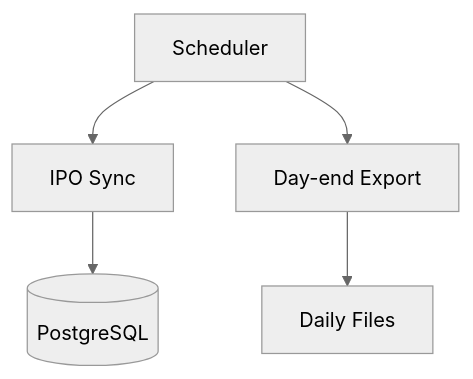
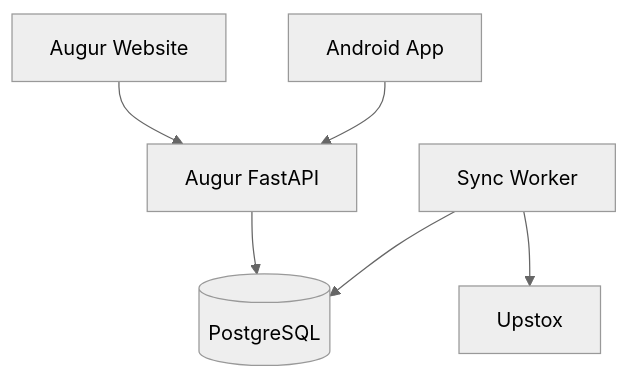
One commit to ShogunLabs/augur changed the fourth of 5 diagrams in README.md. Above: the diagram before and after it, drawn with Mermaid (neutral theme). The commit also changed other lines of this file and 21 other files, not shown here.

````diff
--- a/README.md
+++ b/README.md
@@ -745,13 +1102,16 @@
 ```mermaid
 flowchart TD
-    S[Scheduler]
-    I[IPO Sync]
-    E[Day-end Export]
+    WEB[Augur Website]
+    AND[Android App]
+    API[Augur FastAPI]
     DB[(PostgreSQL)]
-    F[Daily Files]
+    U[Upstox]
+    SYNC[Sync Worker]
 
-    S --> I
-    S --> E
-    I --> DB
-    E --> F
+    WEB --> API
+    AND --> API
+
+    API --> DB
+    SYNC --> U
+    SYNC --> DB
 ```
````
